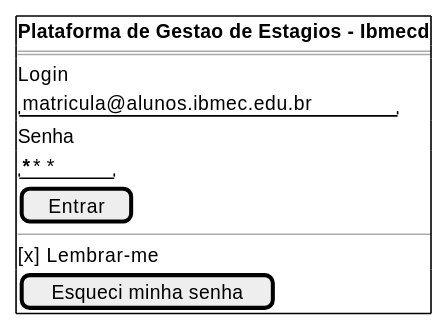
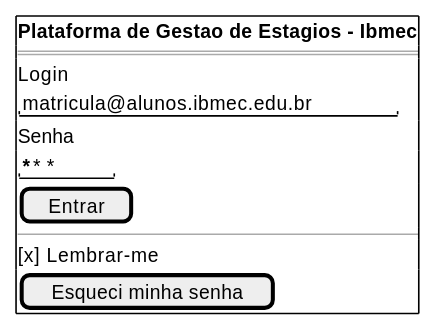
One commit to Projetos-de-Extensao/PBE_26.1_8001_III changed the first of 6 diagrams in docs/Iniciacao/prototipo_baixa_fidelidade.md. Above: the diagram before and after it, drawn with PlantUML. The commit also changed 1 other file, not shown here.

Commit message:
adicionei as extencoes

````diff
--- a/docs/Iniciacao/prototipo_baixa_fidelidade.md
+++ b/docs/Iniciacao/prototipo_baixa_fidelidade.md
@@ -23,16 +23,16 @@
 ```plantuml
 @startsalt
 {+
-  <b>Plataforma de Gestao de Estagios - Ibmecd
+  <b>Plataforma de Gestao de Estagios - Ibmec
   ==
   Login 
   | "matricula@alunos.ibmec.edu.br"
   Senha 
   | "*******"
   [ Entrar ]
   --
   [x] Lembrar-me
   [Esqueci minha senha]
 }
 @endsalt
 ```
````
